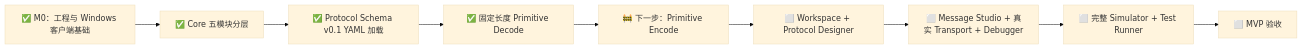
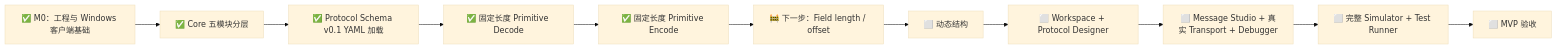
Before and after one commit to ZevixQuatol/IoT-Protocol-Studio: the diagram in docs/IoT Protocol Studio 功能清单与开发进度.md, drawn with Mermaid (base theme). The commit also changed other lines of this file and 12 other files, not shown here.

````diff
--- a/docs/IoT Protocol Studio 功能清单与开发进度.md
+++ b/docs/IoT Protocol Studio 功能清单与开发进度.md
@@ -51,11 +51,13 @@
 ```mermaid
 flowchart LR
     A["✅ M0：工程与 Windows 客户端基础"] --> B["✅ Core 五模块分层"]
     B --> C["✅ Protocol Schema v0.1 YAML 加载"]
     C --> D["✅ 固定长度 Primitive Decode"]
-    D --> E["🚧 下一步：Primitive Encode"]
-    E --> F["⬜ Workspace + Protocol Designer"]
-    F --> G["⬜ Message Studio + 真实 Transport + Debugger"]
-    G --> H["⬜ 完整 Simulator + Test Runner"]
-    H --> I["⬜ MVP 验收"]
+    D --> E["✅ 固定长度 Primitive Encode"]
+    E --> F["🚧 下一步：Field length / offset"]
+    F --> G["⬜ 动态结构"]
+    G --> H["⬜ Workspace + Protocol Designer"]
+    H --> I["⬜ Message Studio + 真实 Transport + Debugger"]
+    I --> J["⬜ 完整 Simulator + Test Runner"]
+    J --> K["⬜ MVP 验收"]
 ```
````
